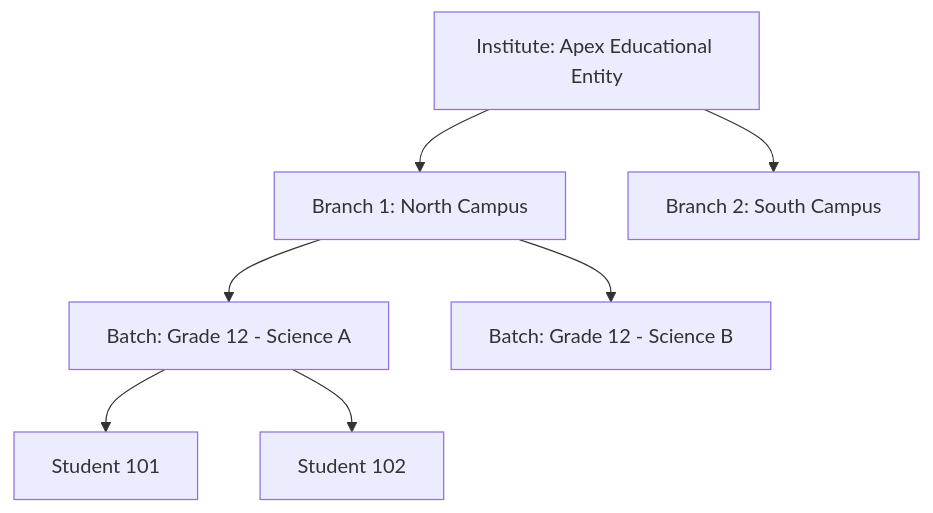
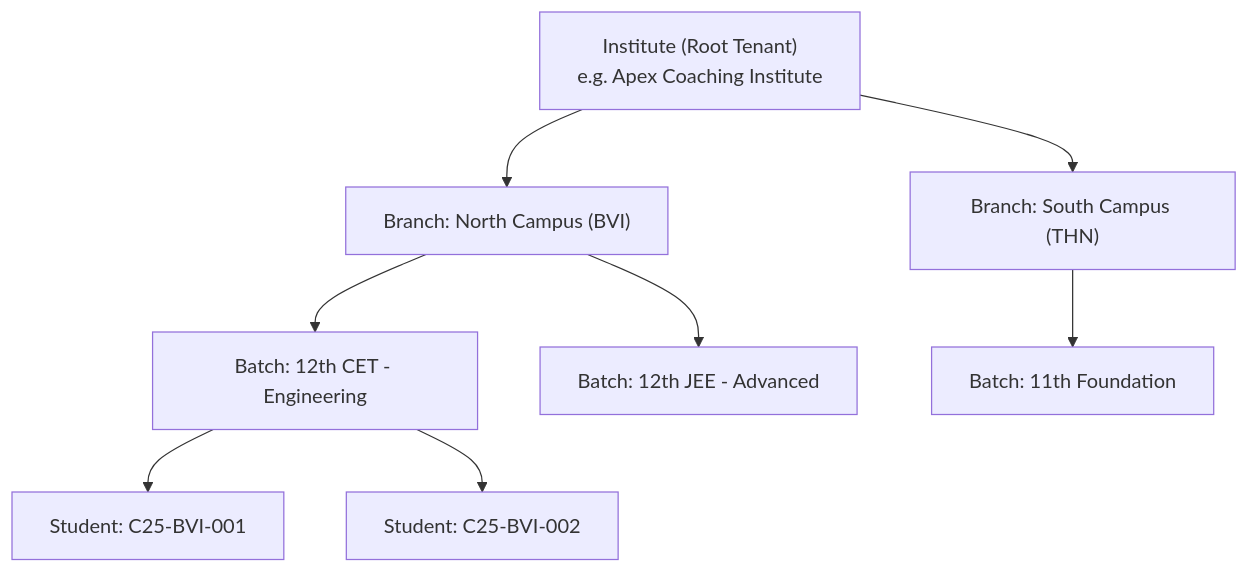
One commit to T4RuN05/papergrade.ai changed the second of 5 diagrams in README.md. Above: the diagram before and after it, drawn with Mermaid. The commit also changed other lines of this file, not shown here.

Commit message:
docs(architecture): rewrite README.md to reflect current production architecture and operational invariants

````diff
--- a/README.md
+++ b/README.md
@@ -242,10 +265,11 @@
 ```mermaid
 graph TD
-    Inst["Institute: Apex Educational Entity"]
-    Inst --> BranchA["Branch 1: North Campus"]
-    Inst --> BranchB["Branch 2: South Campus"]
-    BranchA --> BatchA1["Batch: Grade 12 - Science A"]
-    BranchA --> BatchA2["Batch: Grade 12 - Science B"]
-    BatchA1 --> Student1["Student 101"]
-    BatchA1 --> Student2["Student 102"]
+    Inst["Institute (Root Tenant)\ne.g. Apex Coaching Institute"]
+    Inst --> BranchA["Branch: North Campus (BVI)"]
+    Inst --> BranchB["Branch: South Campus (THN)"]
+    BranchA --> BatchA1["Batch: 12th CET - Engineering"]
+    BranchA --> BatchA2["Batch: 12th JEE - Advanced"]
+    BranchB --> BatchB1["Batch: 11th Foundation"]
+    BatchA1 --> Student1["Student: C25-BVI-001"]
+    BatchA1 --> Student2["Student: C25-BVI-002"]
 ```
````
